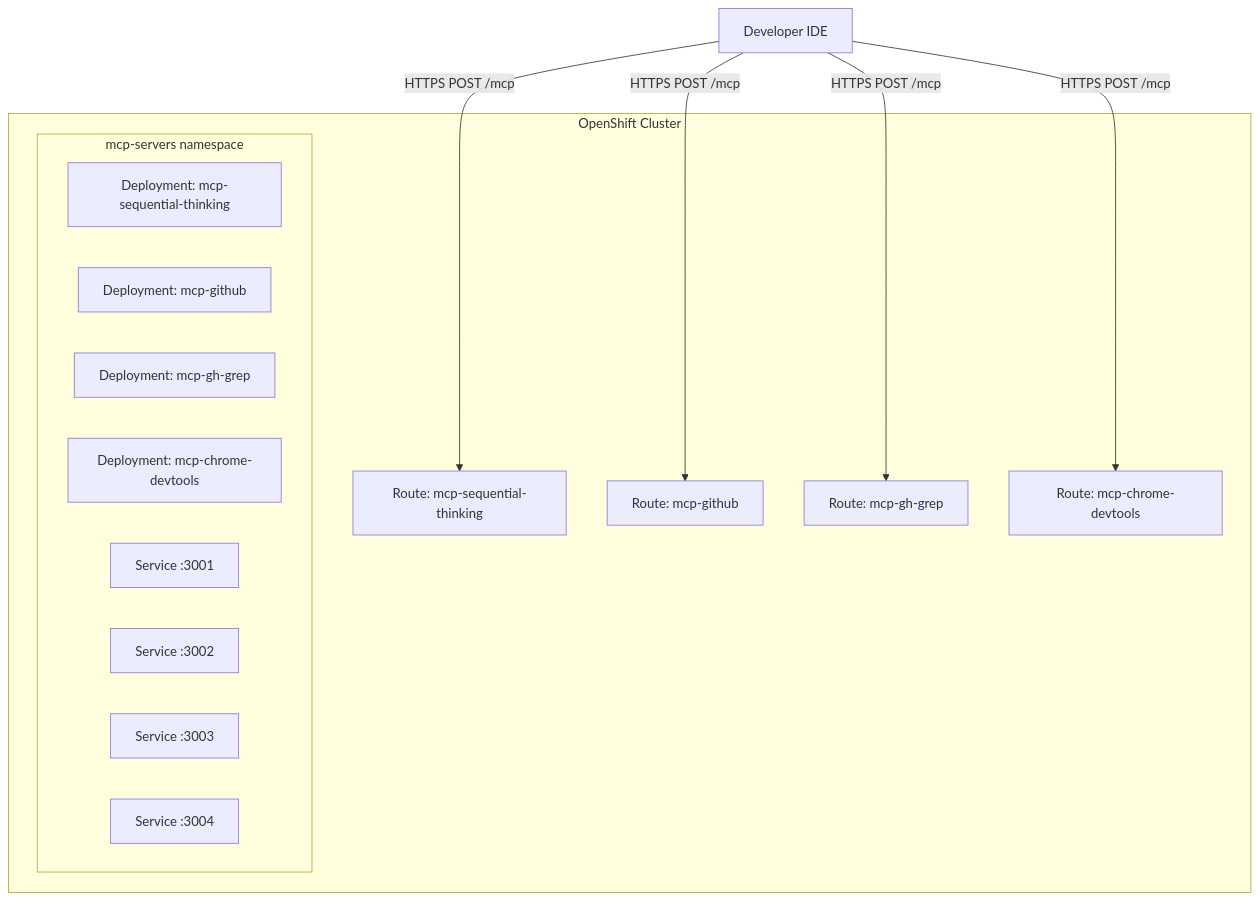
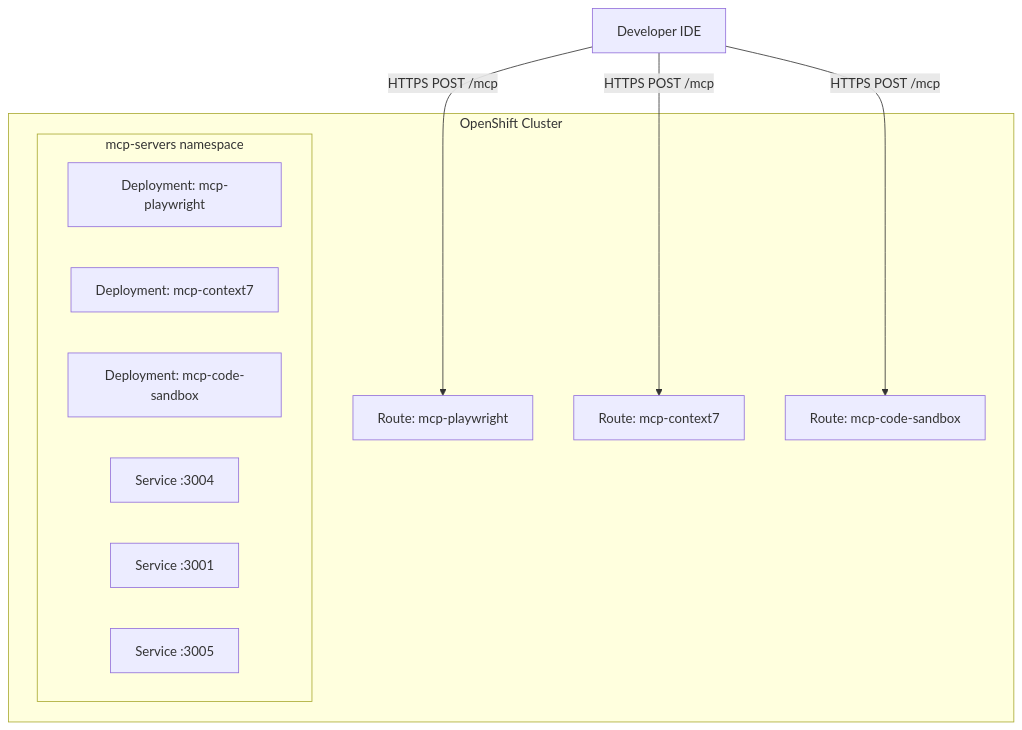
Before and after one commit to hyogrin/rhoai-coding-assistant-lab: the second of 2 diagrams in 1_mcp_servers/1_mcp_overview.md, drawn with Mermaid. The commit also changed other lines of this file and 18 other files, not shown here.

First line of the commit message:
Remove gh-grep, github, sequential-thinking MCP servers

````diff
--- a/1_mcp_servers/1_mcp_overview.md
+++ b/1_mcp_servers/1_mcp_overview.md
@@ -46,26 +60,22 @@
 ```mermaid
 flowchart TB
     subgraph "OpenShift Cluster"
         subgraph "mcp-servers namespace"
-            D1[Deployment: mcp-sequential-thinking]
-            D2[Deployment: mcp-github]
-            D3[Deployment: mcp-gh-grep]
-            D4[Deployment: mcp-chrome-devtools]
+            D1[Deployment: mcp-playwright]
+            D2[Deployment: mcp-context7]
+            D3[Deployment: mcp-code-sandbox]
 
-            S1[Service :3001]
-            S2[Service :3002]
-            S3[Service :3003]
-            S4[Service :3004]
+            S1[Service :3004]
+            S2[Service :3001]
+            S3[Service :3005]
         end
 
-        R1[Route: mcp-sequential-thinking]
-        R2[Route: mcp-github]
-        R3[Route: mcp-gh-grep]
-        R4[Route: mcp-chrome-devtools]
+        R1[Route: mcp-playwright]
+        R2[Route: mcp-context7]
+        R3[Route: mcp-code-sandbox]
     end
 
     IDE[Developer IDE] -->|HTTPS POST /mcp| R1
     IDE -->|HTTPS POST /mcp| R2
     IDE -->|HTTPS POST /mcp| R3
-    IDE -->|HTTPS POST /mcp| R4
 ```
````
